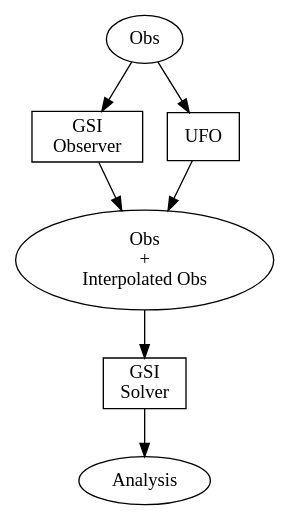
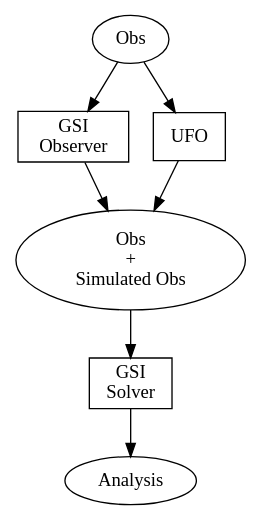
One commit to srherbener/my-diagrams changed the diagram in IODA/obs_flow.gv. Above: the diagram before and after it, drawn with Graphviz. The commit also changed 1 other file, not shown here.

Commit message:
Changed interpolated obs to simulated obs.

```diff
--- a/IODA/obs_flow.gv
+++ b/IODA/obs_flow.gv
@@ -1,14 +1,14 @@
 digraph NcdiagFlow
   {
   obs        [ shape=ellipse, label="Obs" ];
-  obs_intobs [ shape=ellipse, label="Obs\n+\nInterpolated Obs" ];
+  obs_intobs [ shape=ellipse, label="Obs\n+\nSimulated Obs" ];
   anal       [ shape=ellipse, label="Analysis" ];
 
   gsi_obs  [ shape=box, label="GSI\nObserver" ];
   gsi_sol  [ shape=box, label="GSI\nSolver" ];
   ufo      [ shape=box, label="UFO" ];
 
   obs -> gsi_obs -> obs_intobs -> gsi_sol -> anal;
   obs -> ufo -> obs_intobs;
 
   }
```
